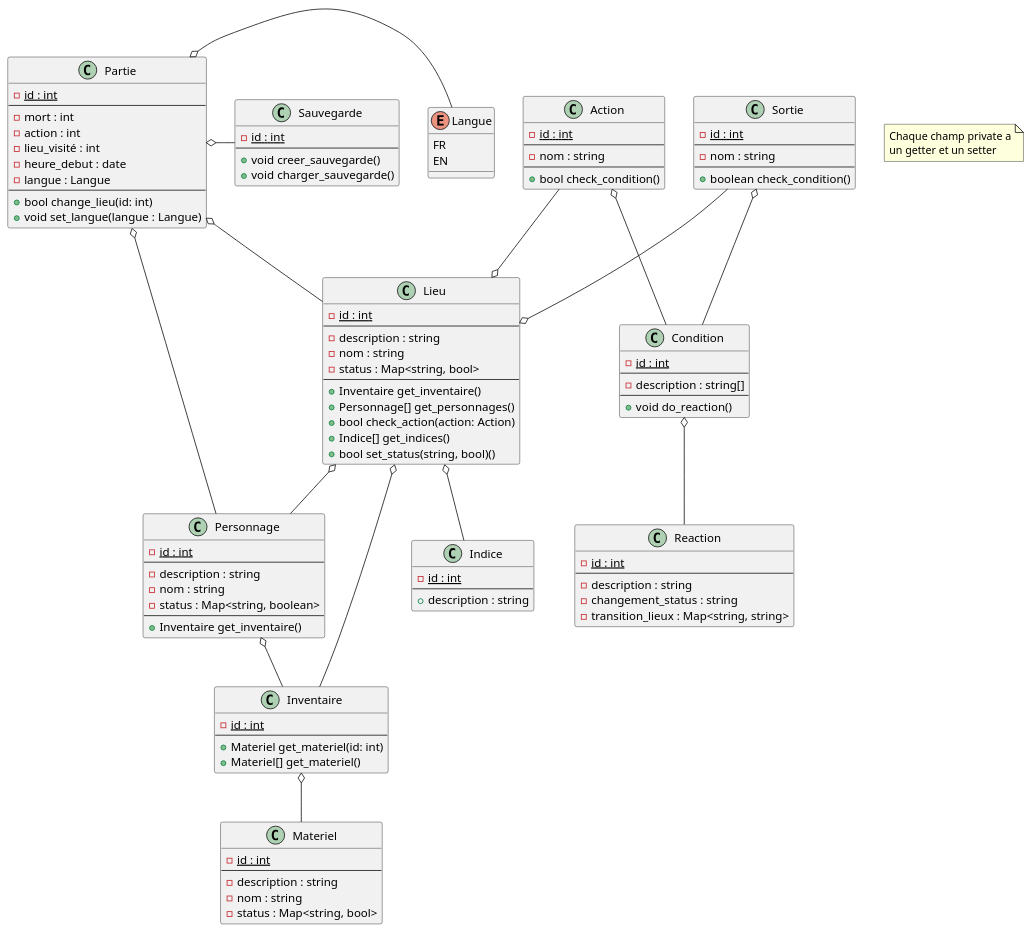
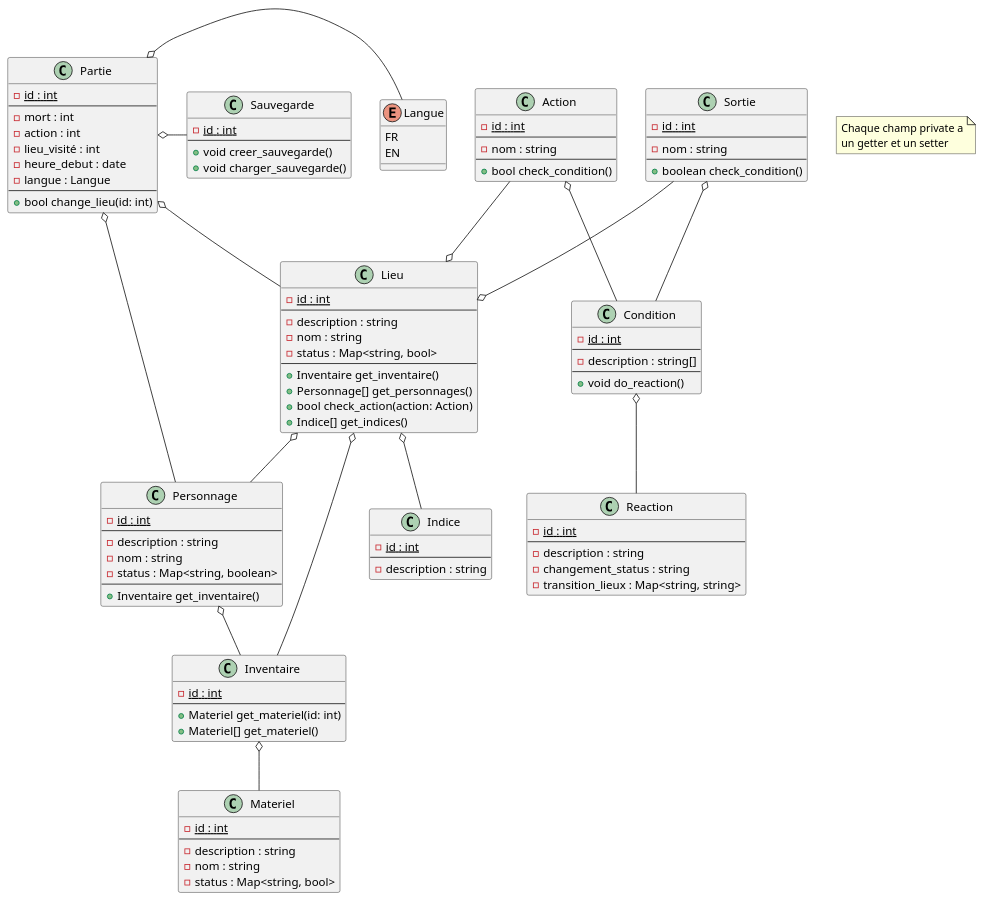
Before and after one commit to Serious-game-textuel/doc: the third of 3 diagrams in diagrammes.md, drawn with PlantUML.

Commit message:
Changements mineurs diagramme de classes

```diff
--- a/diagrammes.md
+++ b/diagrammes.md
@@ -59,7 +59,6 @@
     -langue : Langue
   --
     +bool change_lieu(id: int)
-    +void set_langue(langue : Langue)
 }
 
 Class Inventaire{
@@ -113,7 +112,6 @@
     +Personnage[] get_personnages()
     +bool check_action(action: Action)
     +Indice[] get_indices()
-    +bool set_status(string, bool)()
 }
 
 Class Action{
@@ -143,7 +141,7 @@
 Class Indice{
     -{static} id : int
   --
-    +description : string
+    -description : string
 }
 
 note "Chaque champ private a\nun getter et un setter" as N1
```
